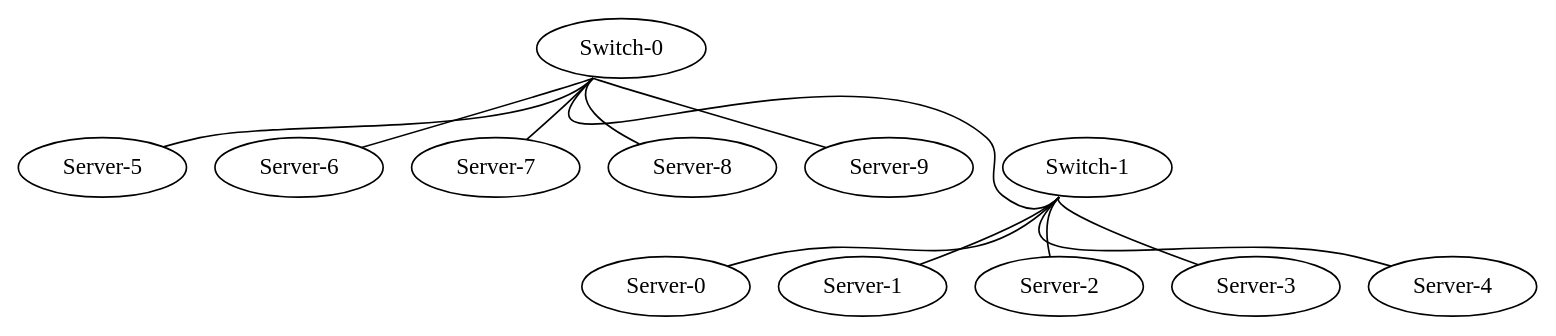
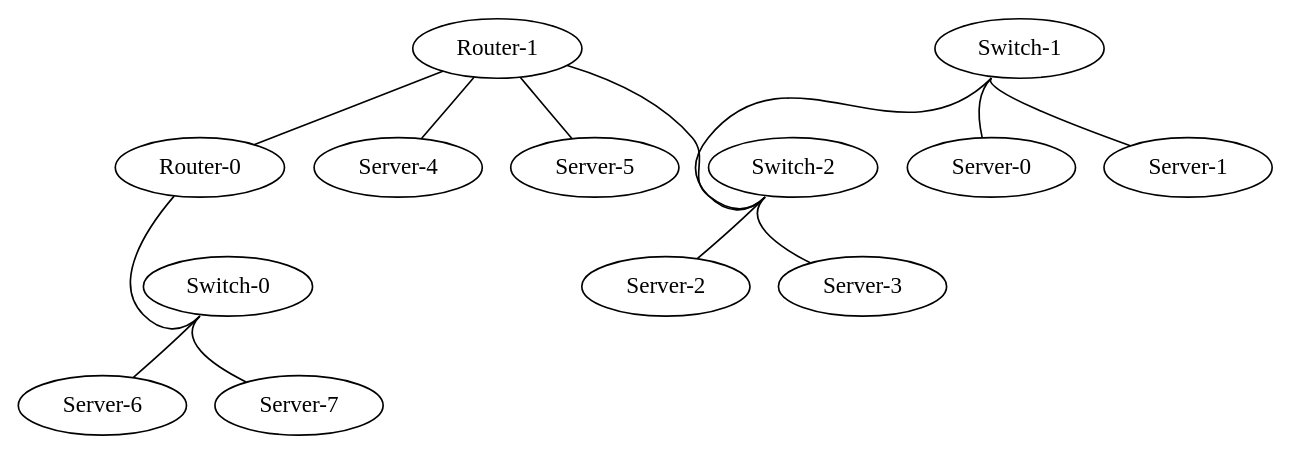
One commit to matferronato/TopologyGen changed the diagram in TopologyGen/TopologyInfo/topology.dot. Above: the diagram before and after it, drawn with Graphviz. The commit also changed 131 other files, not shown here.

```diff
--- a/TopologyGen/TopologyInfo/topology.dot
+++ b/TopologyGen/TopologyInfo/topology.dot
@@ -1,25 +1,27 @@
 graph vx {
+"Router-0" [function="leaf" vagrant="eth1" os="hashicorp/bionic64" version="1.0.282" memory="500" config="./helper_scripts/config_production_switch.sh" ]
+"Router-1" [function="leaf" vagrant="eth1" os="hashicorp/bionic64" version="1.0.282" memory="500" config="./helper_scripts/config_production_switch.sh" ]
 "Server-0" [function="leaf" vagrant="eth1" os="hashicorp/bionic64" version="1.0.282" memory="500" config="./helper_scripts/config_production_switch.sh" ]
 "Server-1" [function="leaf" vagrant="eth1" os="hashicorp/bionic64" version="1.0.282" memory="500" config="./helper_scripts/config_production_switch.sh" ]
 "Server-2" [function="leaf" vagrant="eth1" os="hashicorp/bionic64" version="1.0.282" memory="500" config="./helper_scripts/config_production_switch.sh" ]
 "Server-3" [function="leaf" vagrant="eth1" os="hashicorp/bionic64" version="1.0.282" memory="500" config="./helper_scripts/config_production_switch.sh" ]
 "Server-4" [function="leaf" vagrant="eth1" os="hashicorp/bionic64" version="1.0.282" memory="500" config="./helper_scripts/config_production_switch.sh" ]
 "Server-5" [function="leaf" vagrant="eth1" os="hashicorp/bionic64" version="1.0.282" memory="500" config="./helper_scripts/config_production_switch.sh" ]
 "Server-6" [function="leaf" vagrant="eth1" os="hashicorp/bionic64" version="1.0.282" memory="500" config="./helper_scripts/config_production_switch.sh" ]
 "Server-7" [function="leaf" vagrant="eth1" os="hashicorp/bionic64" version="1.0.282" memory="500" config="./helper_scripts/config_production_switch.sh" ]
-"Server-8" [function="leaf" vagrant="eth1" os="hashicorp/bionic64" version="1.0.282" memory="500" config="./helper_scripts/config_production_switch.sh" ]
-"Server-9" [function="leaf" vagrant="eth1" os="hashicorp/bionic64" version="1.0.282" memory="500" config="./helper_scripts/config_production_switch.sh" ]
 "Switch-0" [function="leaf" vagrant="eth1" os="hashicorp/bionic64" version="1.0.282" memory="500" config="./helper_scripts/config_production_switch.sh" ]
 "Switch-1" [function="leaf" vagrant="eth1" os="hashicorp/bionic64" version="1.0.282" memory="500" config="./helper_scripts/config_production_switch.sh" ]
-"Switch-0":"swp1" -- "Server-9":"eth50"
-"Switch-0":"swp50" -- "Switch-1":"swp50"
+"Switch-2" [function="leaf" vagrant="eth1" os="hashicorp/bionic64" version="1.0.282" memory="500" config="./helper_scripts/config_production_switch.sh" ]
 "Switch-1":"swp1" -- "Server-0":"eth50"
 "Switch-1":"swp2" -- "Server-1":"eth50"
-"Switch-1":"swp3" -- "Server-2":"eth50"
-"Switch-1":"swp4" -- "Server-3":"eth50"
-"Switch-1":"swp5" -- "Server-4":"eth50"
-"Switch-0":"swp2" -- "Server-5":"eth50"
-"Switch-0":"swp3" -- "Server-6":"eth50"
-"Switch-0":"swp4" -- "Server-7":"eth50"
-"Switch-0":"swp5" -- "Server-8":"eth50"
+"Switch-2":"swp1" -- "Server-2":"eth50"
+"Switch-2":"swp2" -- "Server-3":"eth50"
+"Switch-0":"swp1" -- "Server-6":"eth50"
+"Switch-0":"swp2" -- "Server-7":"eth50"
+"Router-1":"eth1" -- "Server-4":"eth100"
+"Router-0":"eth50" -- "Switch-0":"swp100"
+"Router-1":"eth2" -- "Server-5":"eth100"
+"Switch-1":"swp50" -- "Switch-2":"swp50"
+"Router-1":"eth50" -- "Switch-2":"swp100"
+"Router-1":"eth100" -- "Router-0":"eth100"
 }
```
